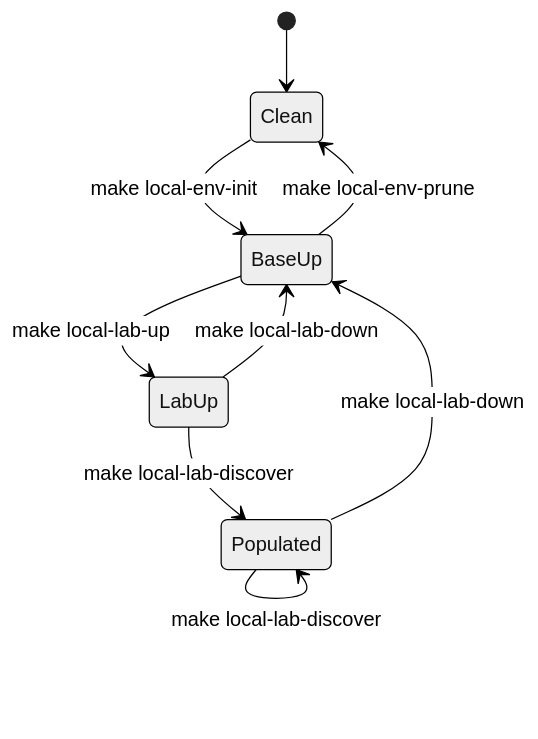
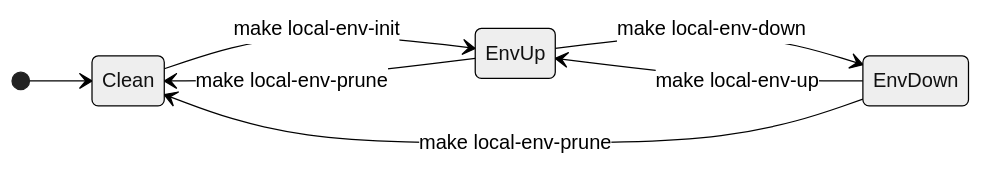
The first of 2 diagrams in docs/20-operations/index.md (zebbra/neops-lab), drawn with Mermaid (neutral theme) before and after one commit. The commit also changed other lines of this file and 19 other files, not shown here.

````diff
--- a/docs/20-operations/index.md
+++ b/docs/20-operations/index.md
@@ -49,11 +53,10 @@
 ```mermaid
 stateDiagram-v2
+    direction LR
     [*] --> Clean
-    Clean --> BaseUp: make local-env-init
-    BaseUp --> LabUp: make local-lab-up
-    LabUp --> Populated: make local-lab-discover
-    Populated --> BaseUp: make local-lab-down
-    LabUp --> BaseUp: make local-lab-down
-    BaseUp --> Clean: make local-env-prune
-    Populated --> Populated: make local-lab-discover
+    Clean --> EnvUp: make local-env-init
+    EnvUp --> EnvDown: make local-env-down
+    EnvDown --> EnvUp: make local-env-up
+    EnvUp --> Clean: make local-env-prune
+    EnvDown --> Clean: make local-env-prune
 ```
````
